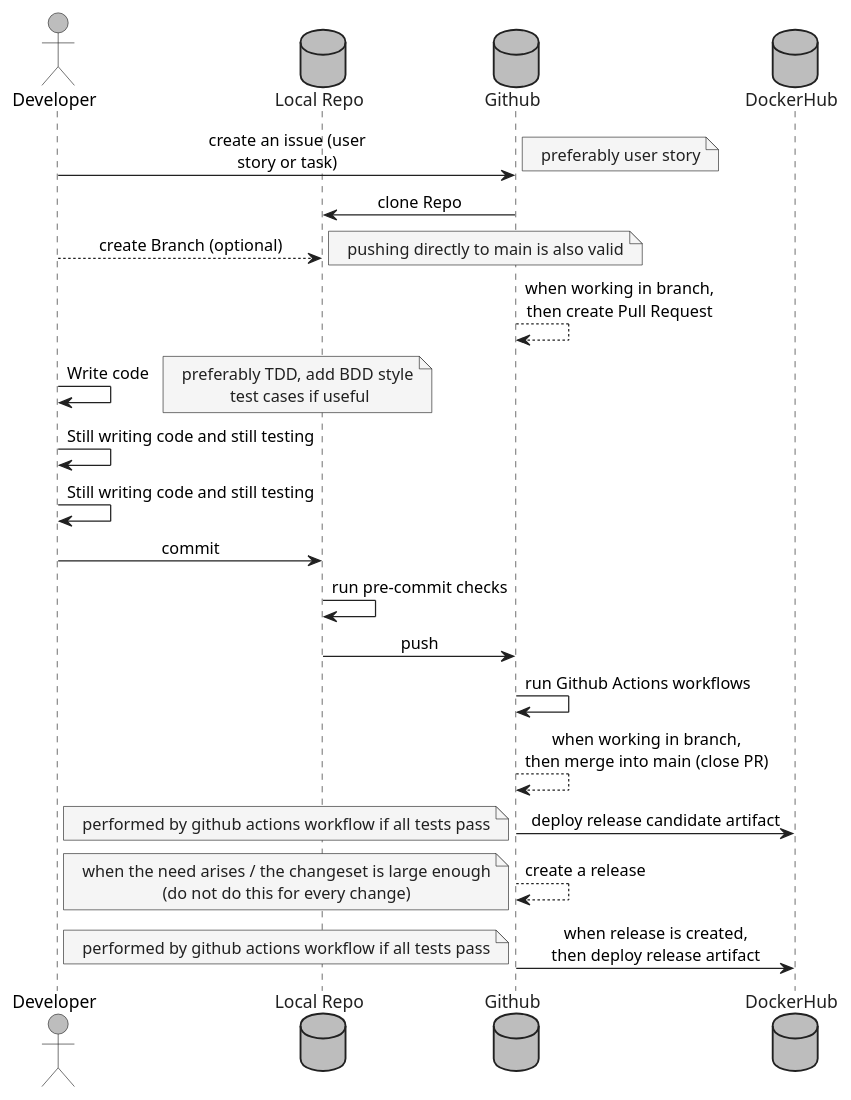
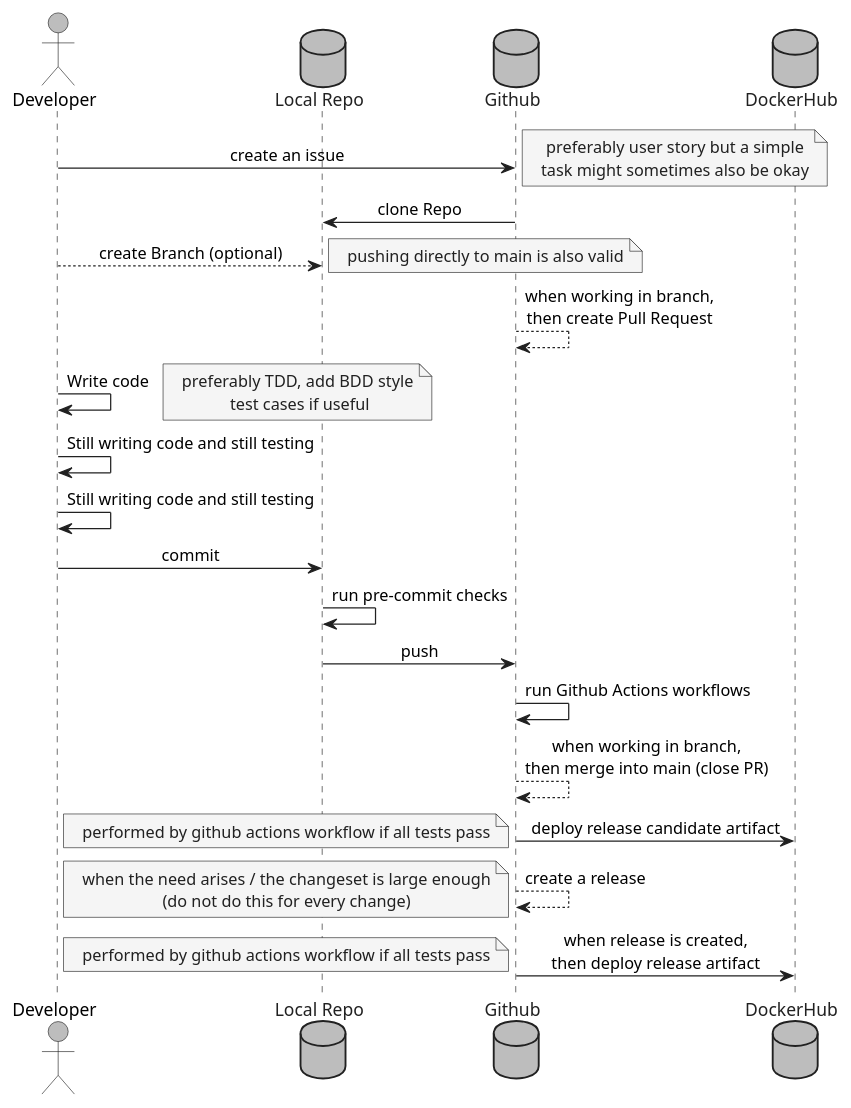
Before and after one commit to sommerfeld-io/website: the diagram in docs/modules/ROOT/partials/development/sdlc.adoc, drawn with PlantUML.

Commit message:
SDLC diagram

```diff
--- a/docs/modules/ROOT/partials/development/sdlc.adoc
+++ b/docs/modules/ROOT/partials/development/sdlc.adoc
@@ -1,69 +1,69 @@
 [plantuml, puml-build-image, svg]
 ----
 @startuml
 
 skinparam linetype ortho
 skinparam monochrome false
 skinparam componentStyle uml2
 skinparam backgroundColor transparent
 skinparam ArrowColor #212121
 skinparam ActorBorderColor #212121
 skinparam ActorBackgroundColor #bdbdbd
 skinparam NoteBorderColor #212121
 skinparam NoteFontColor #212121
 skinparam NoteBackgroundColor #F5F5F5
 skinparam ComponentBorderColor #212121
 skinparam ComponentFontColor #212121
 skinparam DatabaseBorderColor #212121
 skinparam DatabaseBackgroundColor #bdbdbd
 skinparam DatabaseFontColor #212121
 skinparam FileBorderColor #212121
 skinparam FileFontColor #212121
 skinparam ControlBorderColor #212121
 skinparam ControlFontColor #212121
 skinparam RectangleBackgroundColor transparent
 skinparam RectangleBorderColor #212121
 skinparam RectangleFontColor #212121
 skinparam ControlBackgroundColor transparent
 skinparam ControlBorderColor #212121
 skinparam ControlFontColor #212121
 skinparam HexagonBackgroundColor transparent
 skinparam HexagonBorderColor #212121
 skinparam HexagonFontColor #212121
 skinparam ArtifactBorderColor #212121
 skinparam ArtifactFontColor #212121
 skinparam defaultTextAlignment center
 skinparam activity {
     'FontName Ubuntu
     FontName Roboto
 }
 
 actor Developer
 database Local_Repo as "Local Repo"
 database Github
 database DockerHub
 
-Developer -> Github: create an issue (user\nstory or task)
-note right: preferably user story
+Developer -> Github: create an issue
+note right: preferably user story but a simple\ntask might sometimes also be okay
 Local_Repo <- Github: clone Repo
 Developer --> Local_Repo: create Branch (optional)
 note right: pushing directly to main is also valid
 Github --> Github: when working in branch,\nthen create Pull Request
 Developer -> Developer: Write code
 note right: preferably TDD, add BDD style\n test cases if useful
 Developer -> Developer: Still writing code and still testing
 Developer -> Developer: Still writing code and still testing
 Developer -> Local_Repo: commit
 Local_Repo -> Local_Repo: run pre-commit checks
 Local_Repo -> Github: push
 Github -> Github: run Github Actions workflows
 Github --> Github: when working in branch,\nthen merge into main (close PR)
 Github -> DockerHub: deploy release candidate artifact
 note left: performed by github actions workflow if all tests pass
 Github --> Github: create a release
 note left: when the need arises / the changeset is large enough\n(do not do this for every change)
 Github -> DockerHub: when release is created,\nthen deploy release artifact
 note left: performed by github actions workflow if all tests pass
 
 @enduml
 ----
```
